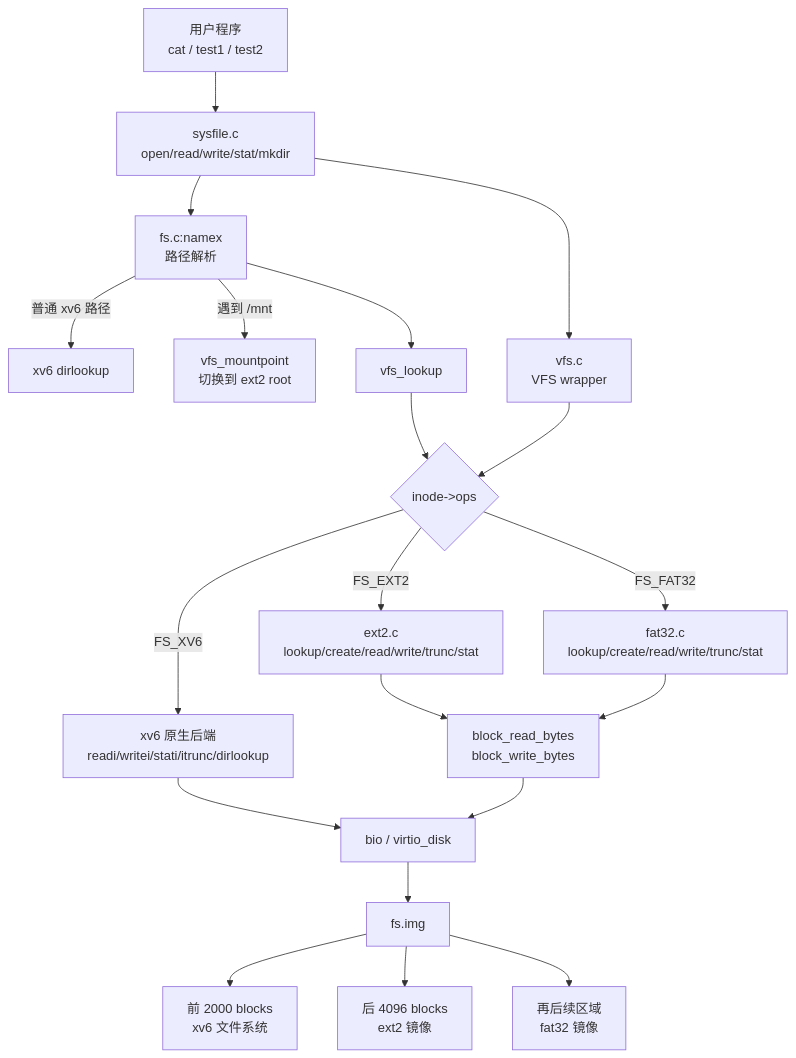
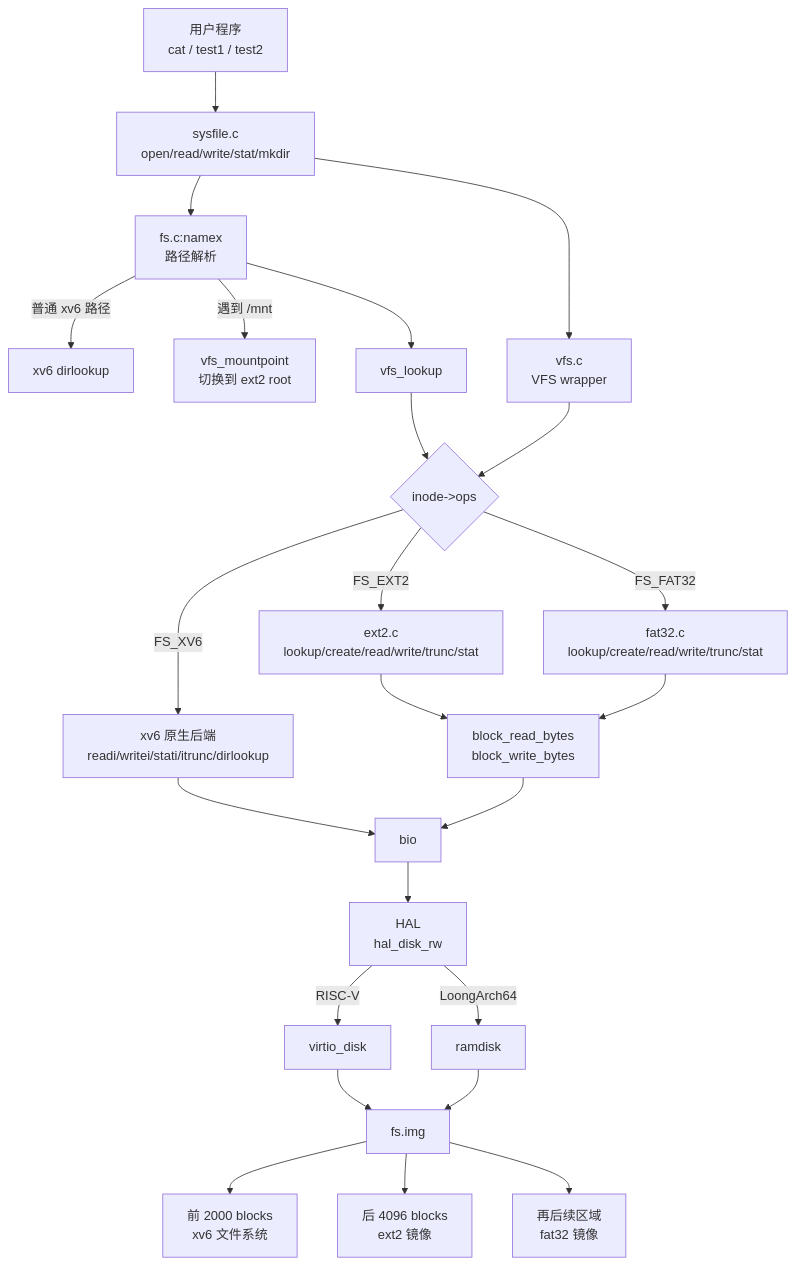
Before and after one commit to twilight-8/Nscscc-xv6-net-dynlink: the first of 2 diagrams in docs/design.md, drawn with Mermaid. The commit also changed other lines of this file and 7 other files, not shown here.

````diff
--- a/docs/design.md
+++ b/docs/design.md
@@ -32,28 +34,33 @@
 ```mermaid
 flowchart TD
     U[用户程序<br/>cat / test1 / test2] --> S[sysfile.c<br/>open/read/write/stat/mkdir]
 
     S --> N[fs.c:namex<br/>路径解析]
     N -->|普通 xv6 路径| XDIR[xv6 dirlookup]
     N -->|遇到 /mnt| MP[vfs_mountpoint<br/>切换到 ext2 root]
 
     S --> V[vfs.c<br/>VFS wrapper]
     N --> VL[vfs_lookup]
 
     V --> OPS{inode->ops}
     VL --> OPS
 
     OPS -->|FS_XV6| XV6[xv6 原生后端<br/>readi/writei/stati/itrunc/dirlookup]
     OPS -->|FS_EXT2| EXT2[ext2.c<br/>lookup/create/read/write/trunc/stat]
     OPS -->|FS_FAT32| FAT32[fat32.c<br/>lookup/create/read/write/trunc/stat]
 
-    XV6 --> BIO[bio / virtio_disk]
+    XV6 --> BIO[bio]
     EXT2 --> BLK[block_read_bytes<br/>block_write_bytes]
     FAT32 --> BLK
     BLK --> BIO
 
-    BIO --> IMG[fs.img]
+    BIO --> HAL[HAL<br/>hal_disk_rw]
+    HAL -->|RISC-V| VIRTIO[virtio_disk]
+    HAL -->|LoongArch64| RAM[ramdisk]
+
+    VIRTIO --> IMG[fs.img]
+    RAM --> IMG
     IMG --> XIMG[前 2000 blocks<br/>xv6 文件系统]
     IMG --> EIMG[后 4096 blocks<br/>ext2 镜像]
     IMG --> FIMG[再后续区域<br/>fat32 镜像]
 ```
````
